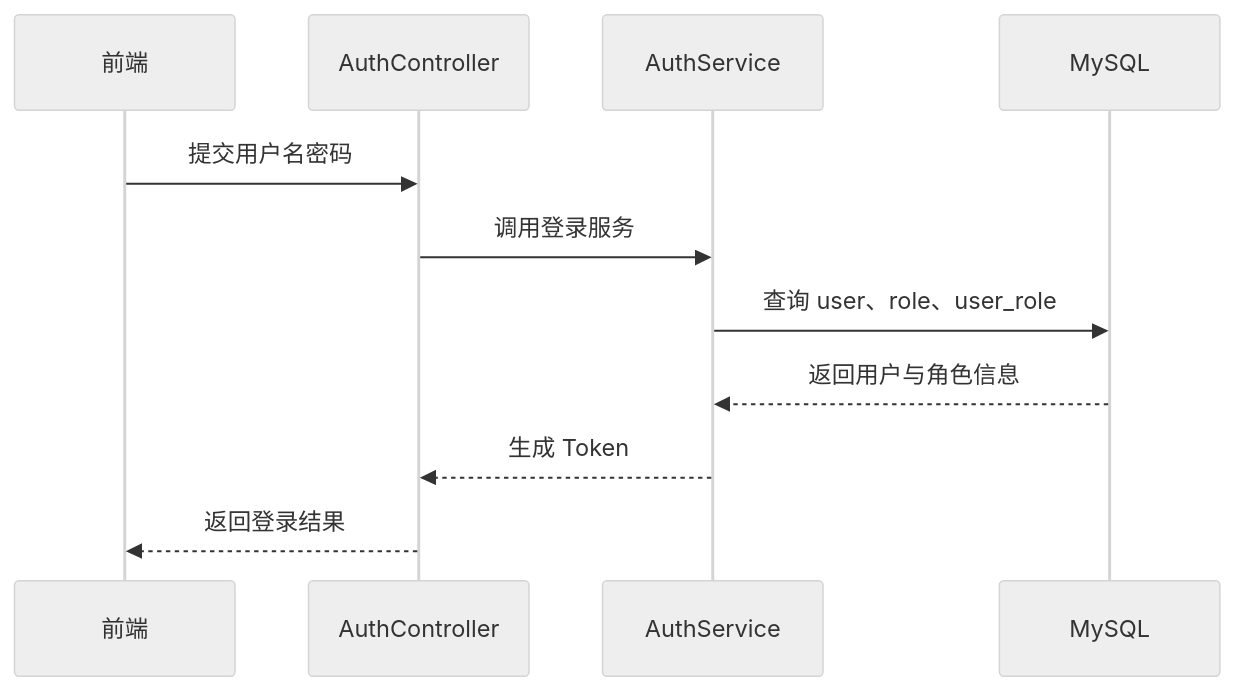
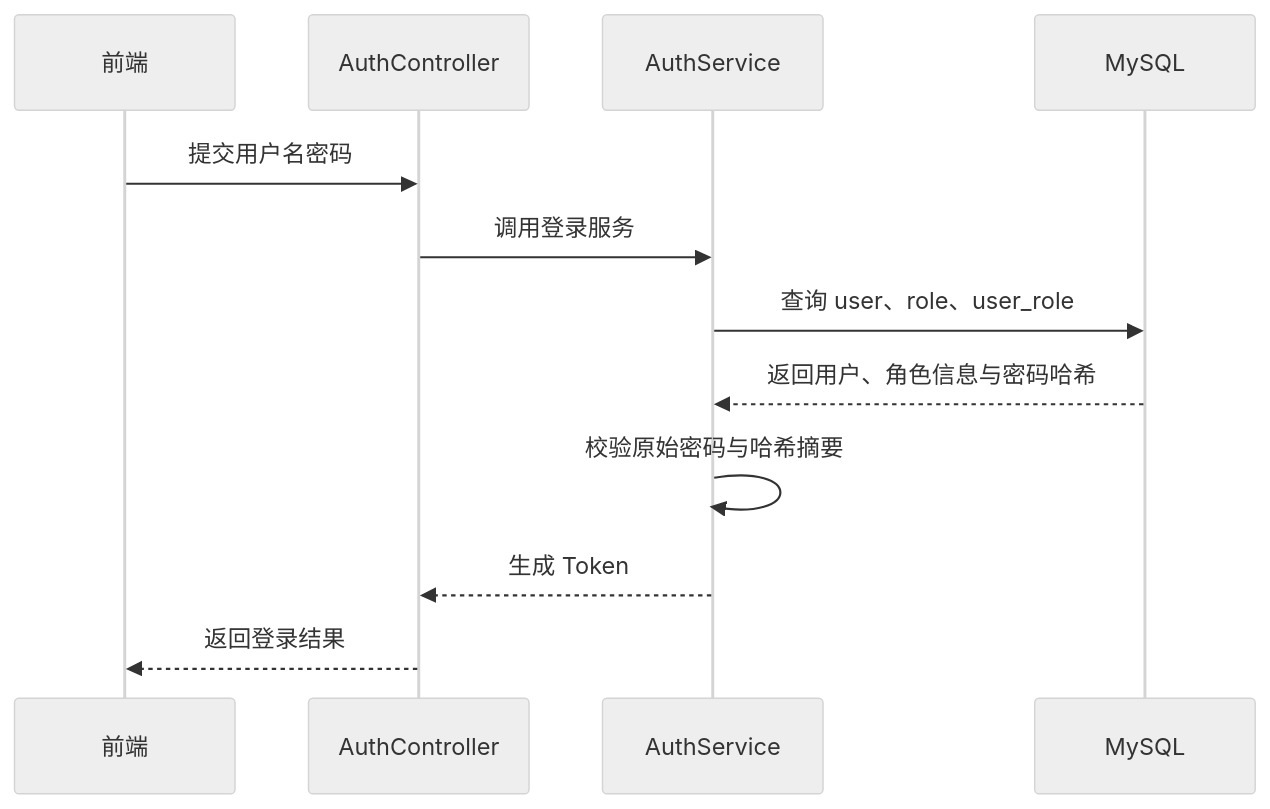
Before and after one commit to 1472858143/InventoryManagementSystem: the fourth of 12 diagrams in Document/项目书.md, drawn with Mermaid (neutral theme). The commit also changed other lines of this file and 3 other files, not shown here.

````diff
--- a/Document/项目书.md
+++ b/Document/项目书.md
@@ -918,13 +936,14 @@
 ```mermaid
 sequenceDiagram
     participant UI as 前端
     participant Auth as AuthController
     participant Service as AuthService
     participant DB as MySQL
     UI->>Auth: 提交用户名密码
     Auth->>Service: 调用登录服务
     Service->>DB: 查询 user、role、user_role
-    DB-->>Service: 返回用户与角色信息
+    DB-->>Service: 返回用户、角色信息与密码哈希
+    Service->>Service: 校验原始密码与哈希摘要
     Service-->>Auth: 生成 Token
     Auth-->>UI: 返回登录结果
 ```
````
